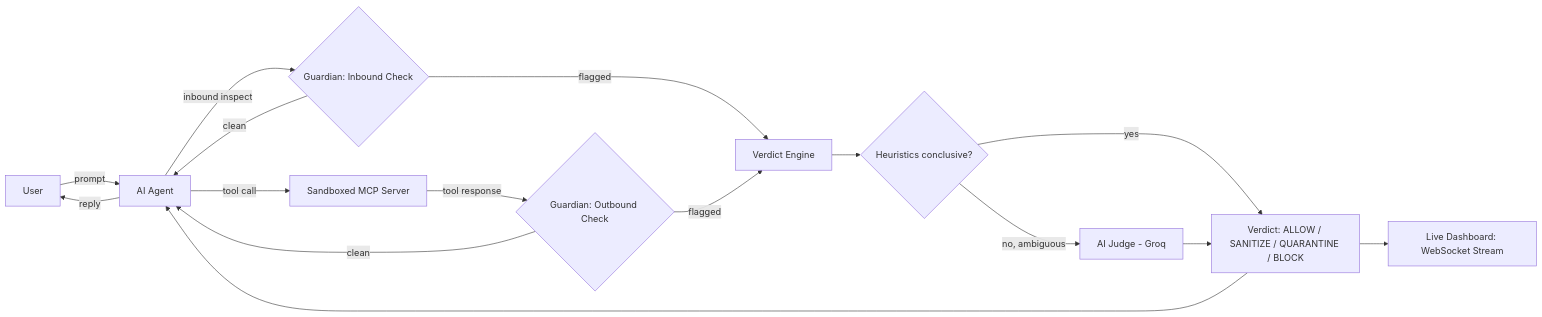
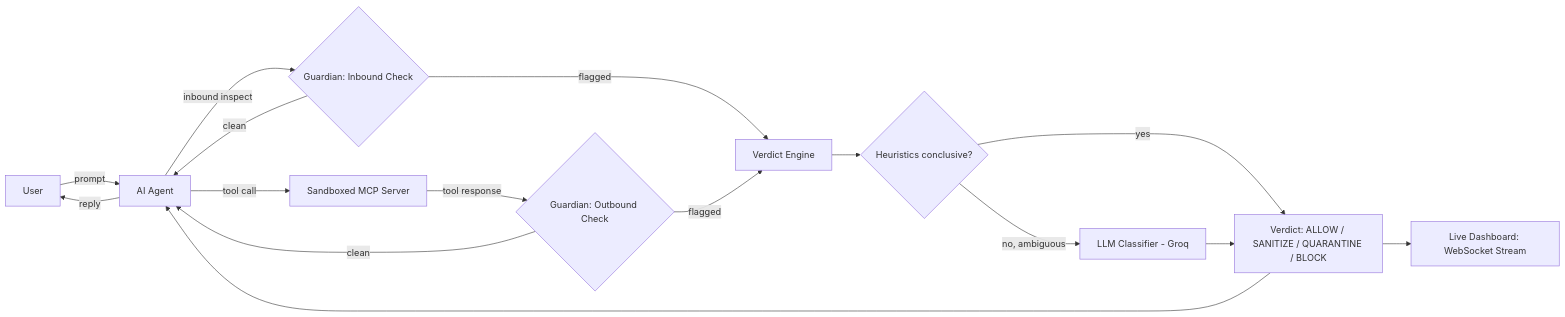
One commit to Shafeeq-Cybersec/MCP-Guardian changed the diagram in README.md. Above: the diagram before and after it, drawn with Mermaid. The commit also changed other lines of this file, not shown here.

````diff
--- a/README.md
+++ b/README.md
@@ -72,21 +44,21 @@
 ```mermaid
 flowchart LR
     U[User] -->|prompt| A[AI Agent]
     A -->|inbound inspect| G1{Guardian: Inbound Check}
     G1 -->|clean| A
     G1 -->|flagged| V1[Verdict Engine]
 
     A -->|tool call| M[Sandboxed MCP Server]
     M -->|tool response| G2{Guardian: Outbound Check}
     G2 -->|clean| A
     G2 -->|flagged| V1
 
     V1 --> D{Heuristics conclusive?}
     D -->|yes| VER[Verdict: ALLOW / SANITIZE / QUARANTINE / BLOCK]
-    D -->|no, ambiguous| L[AI Judge - Groq]
+    D -->|no, ambiguous| L[LLM Classifier - Groq]
     L --> VER
 
     VER --> DASH[Live Dashboard: WebSocket Stream]
     VER --> A
     A -->|reply| U
 ```
````
